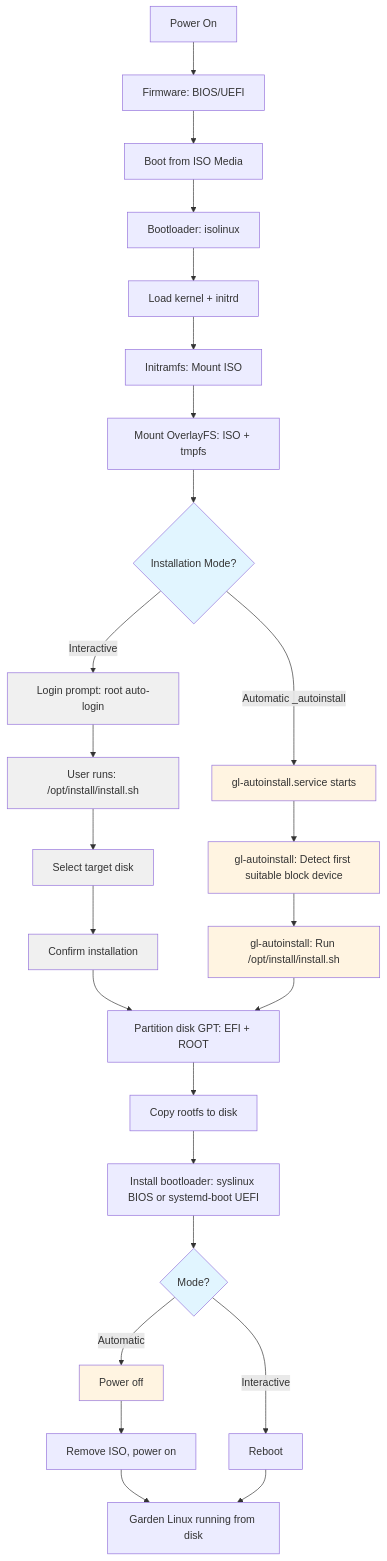
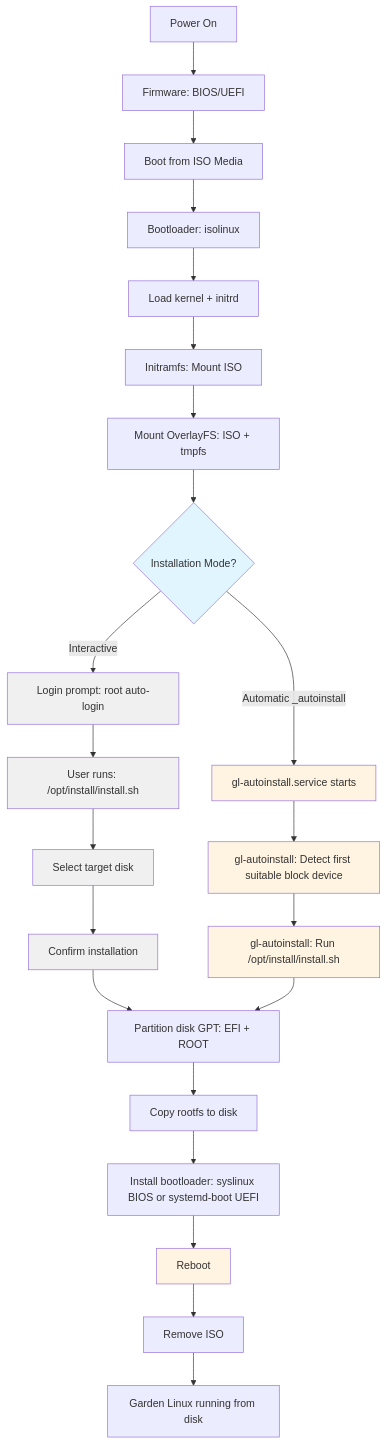
Before and after one commit to gardenlinux/gardenlinux: the diagram in docs/how-to/installation/on-premises/iso.md, drawn with Mermaid. The commit also changed other lines of this file and 2 other files, not shown here.

Commit message:
fix: do not power off but reboot after autoinstall
run_qemu.sh does not need two stages anymore

On-behalf-of: SAP <eike.waldt@sap.com>

````diff
--- a/docs/how-to/installation/on-premises/iso.md
+++ b/docs/how-to/installation/on-premises/iso.md
@@ -44,45 +44,40 @@
 ```mermaid
 flowchart TD
     Start[Power On] --> Firmware[Firmware: BIOS/UEFI]
     Firmware --> BootISO[Boot from ISO Media]
     BootISO --> Bootloader[Bootloader: isolinux]
     Bootloader --> LoadKernel[Load kernel + initrd]
     LoadKernel --> InitMount[Initramfs: Mount ISO]
     InitMount --> Overlay[Mount OverlayFS: ISO + tmpfs]
 
     Overlay --> Mode{Installation Mode?}
 
     Mode -->|Interactive| Login[Login prompt: root auto-login]
     Login --> UserRun[User runs: /opt/install/install.sh]
     UserRun --> SelectDisk[Select target disk]
     SelectDisk --> ConfirmInstall[Confirm installation]
 
     Mode -->|Automatic _autoinstall| Service[gl-autoinstall.service starts]
     Service --> DetectDisk[gl-autoinstall: Detect first suitable block device]
     DetectDisk --> AutoRun[gl-autoinstall: Run /opt/install/install.sh]
 
     ConfirmInstall --> Partition[Partition disk GPT: EFI + ROOT]
     AutoRun --> Partition
 
     Partition --> Copy[Copy rootfs to disk]
     Copy --> InstallBoot[Install bootloader: syslinux BIOS or systemd-boot UEFI]
 
-    InstallBoot --> Complete{Mode?}
-    Complete -->|Interactive| Reboot[Reboot]
-    Complete -->|Automatic| Poweroff[Power off]
-
-    Poweroff --> RemoveISO[Remove ISO, power on]
+    InstallBoot --> Reboot[Reboot]
+    Reboot --> RemoveISO[Remove ISO]
     RemoveISO --> Running[Garden Linux running from disk]
-    Reboot --> Running
 
     style Mode fill:#e1f5ff
-    style Complete fill:#e1f5ff
     style Service fill:#fff4e1
     style DetectDisk fill:#fff4e1
     style AutoRun fill:#fff4e1
-    style Poweroff fill:#fff4e1
+    style Reboot fill:#fff4e1
     style Login fill:#f0f0f0
     style UserRun fill:#f0f0f0
     style SelectDisk fill:#f0f0f0
     style ConfirmInstall fill:#f0f0f0
 ```
````
